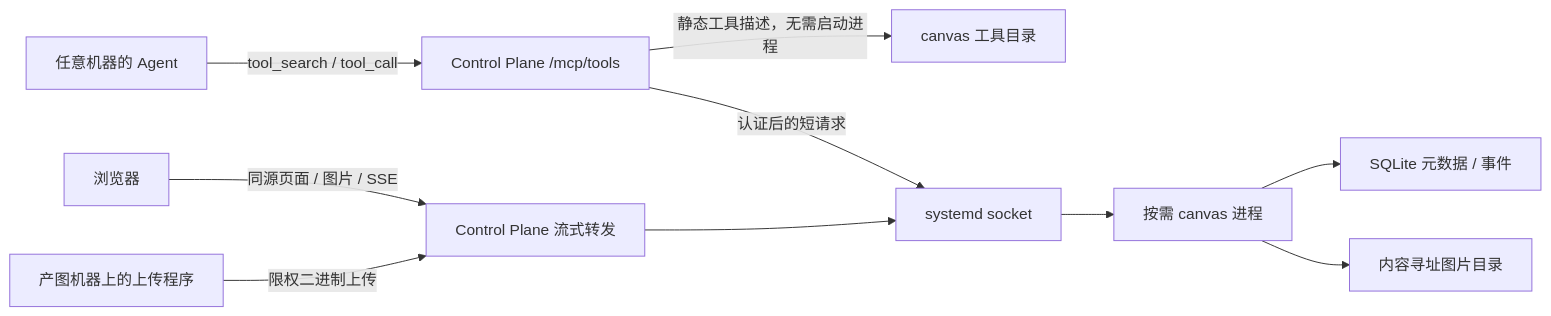
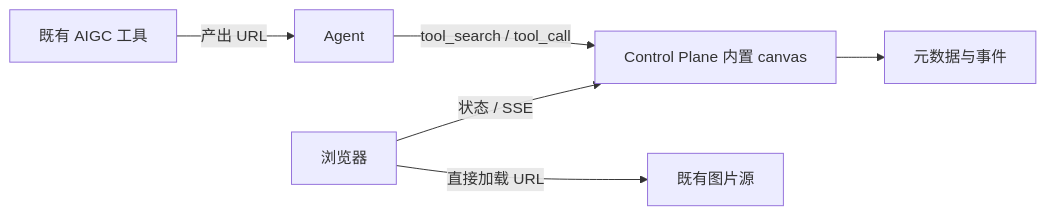
The diagram in docs/canvas-design.zh.md (clown139880/agent-bridge), drawn with Mermaid before and after one commit. The commit also changed other lines of this file, not shown here.

Commit message:
docs(canvas): narrow design to URL-only built-in tools

````diff
--- a/docs/canvas-design.zh.md
+++ b/docs/canvas-design.zh.md
@@ -52,12 +35,8 @@
 ```mermaid
 flowchart LR
-  A[任意机器的 Agent] -->|tool_search / tool_call| C[Control Plane /mcp/tools]
-  C -->|静态工具描述，无需启动进程| D[canvas 工具目录]
-  C -->|认证后的短请求| S[systemd socket]
-  B[浏览器] -->|同源页面 / 图片 / SSE| P[Control Plane 流式转发]
-  U[产图机器上的上传程序] -->|限权二进制上传| P
-  P --> S
-  S --> R[按需 canvas 进程]
-  R --> M[SQLite 元数据 / 事件]
-  R --> F[内容寻址图片目录]
+  A[Agent] -->|tool_search / tool_call| C[Control Plane 内置 canvas]
+  C --> D[元数据与事件]
+  B[浏览器] -->|状态 / SSE| C
+  B -->|直接加载 URL| I[既有图片源]
+  G[既有 AIGC 工具] -->|产出 URL| A
 ```
````
